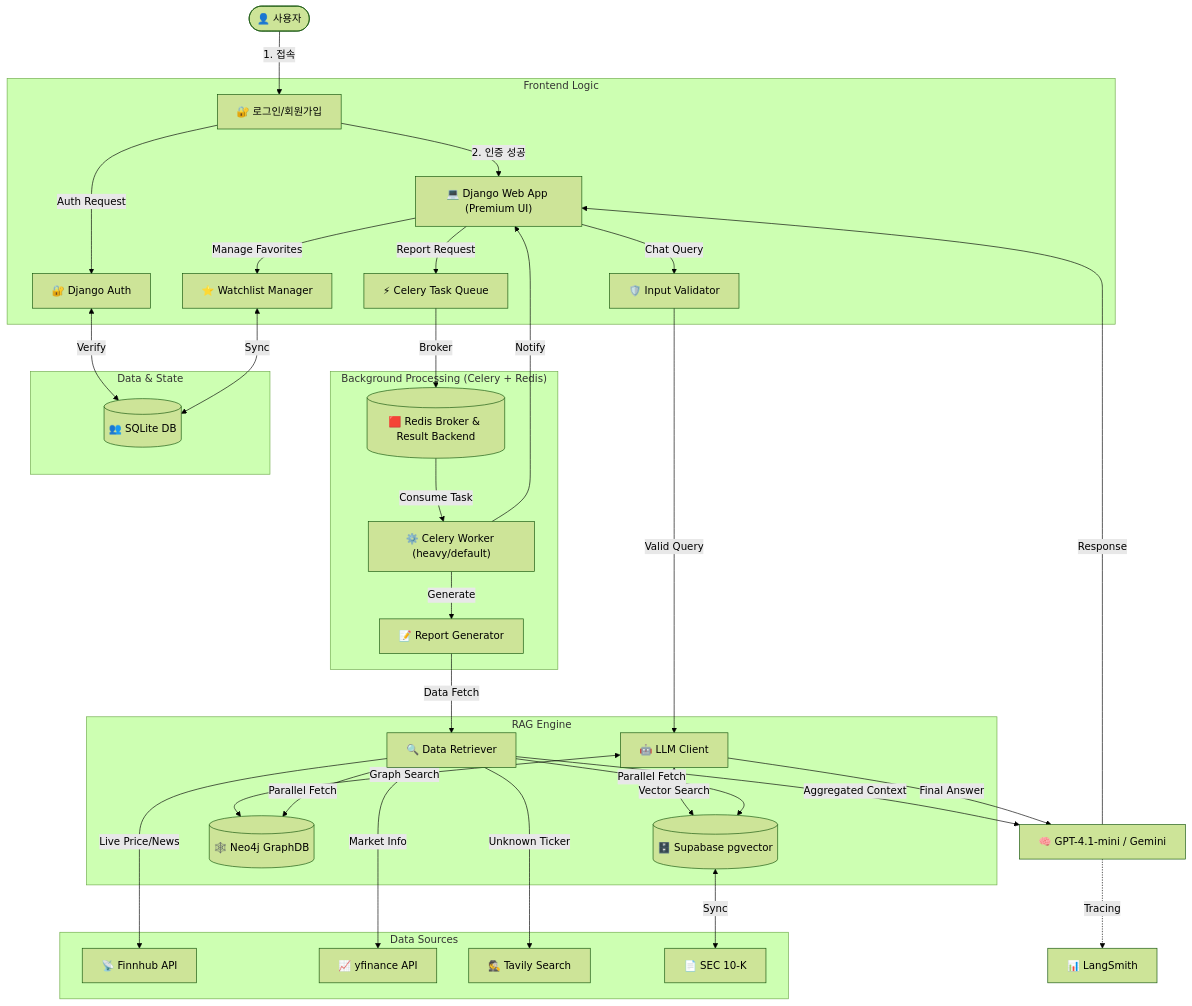
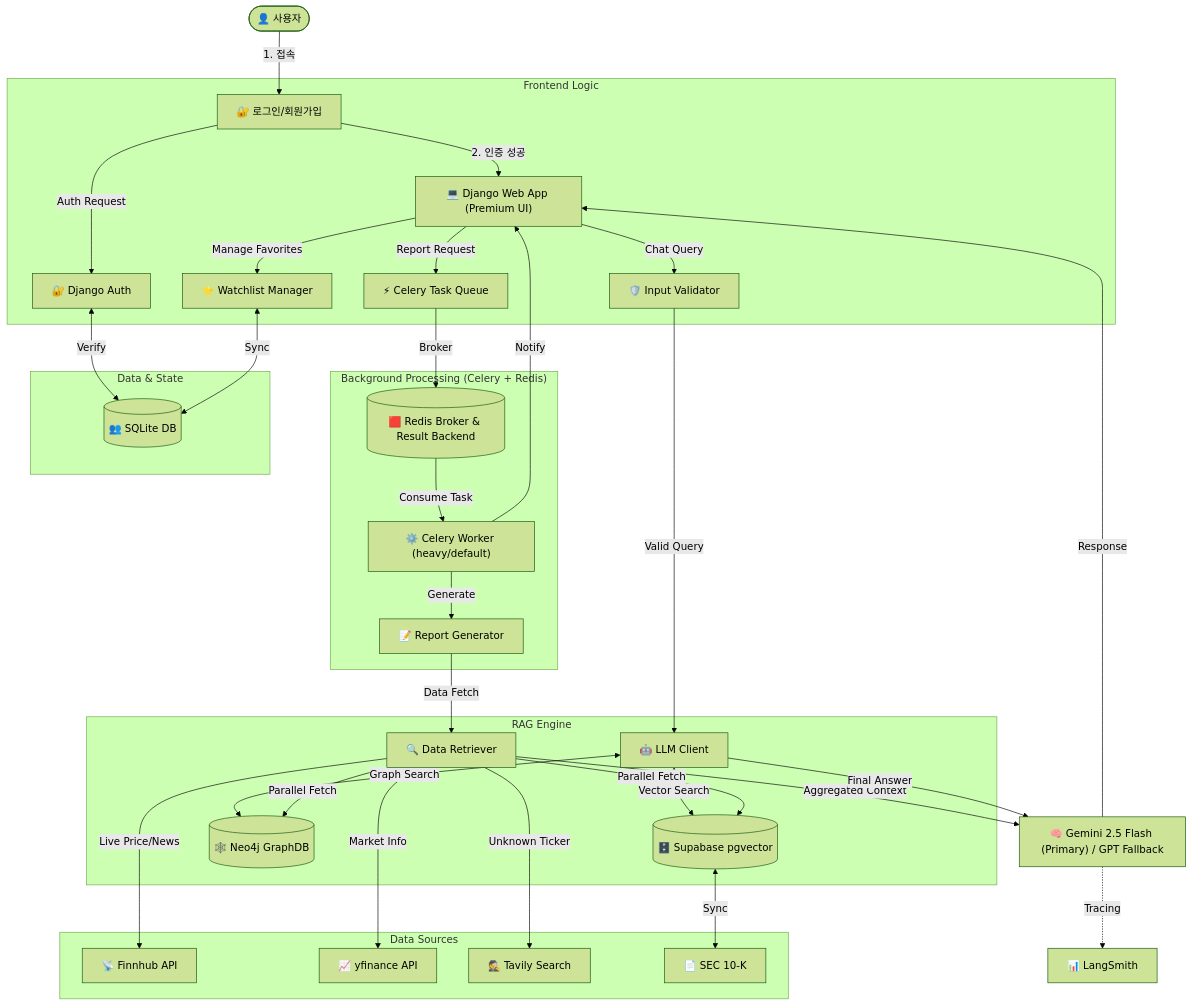
One commit to SKNETWORKS-FAMILY-AICAMP/SKN22-4th-4Team changed the first of 2 diagrams in README.md. Above: the diagram before and after it, drawn with Mermaid (forest theme). The commit also changed other lines of this file and 1 other file, not shown here.

Commit message:
docs: README 수정

````diff
--- a/README.md
+++ b/README.md
@@ -35,47 +35,47 @@
 ```mermaid
 graph TD
     User(["👤 사용자"]) -->|1. 접속| Login["🔐 로그인/회원가입"]
     Login -->|2. 인증 성공| UI["💻 Django Web App (Premium UI)"]
     
     subgraph Frontend Logic
         Login -->|Auth Request| Auth["🔐 Django Auth"]
         UI -->|Chat Query| Validator["🛡️ Input Validator"]
         UI -->|Report Request| ReportTask["⚡ Celery Task Queue"]
         UI -->|Manage Favorites| Watchlistmgr["⭐ Watchlist Manager"]
     end
 
     subgraph "Background Processing (Celery + Redis)"
         ReportTask -->|Broker| Redis[("🟥 Redis Broker & Result Backend")]
         Redis -->|Consume Task| CeleryWorker["⚙️ Celery Worker (heavy/default)"]
         CeleryWorker -->|Generate| ReportGen["📝 Report Generator"]
         CeleryWorker -->|Notify| UI
     end
 
     subgraph "Data & State"
         Auth <-->|Verify| UserDB[("👥 SQLite DB")]
         Watchlistmgr <-->|Sync| UserDB
     end
 
     subgraph RAG Engine
         Validator -->|Valid Query| Agent["🤖 LLM Client"]
         ReportGen -->|Data Fetch| Retriever["🔍 Data Retriever"]
         
         Agent <-->|Vector Search| VectorDB[("🗄️ Supabase pgvector")]
         Agent <-->|Graph Search| GraphDB[("🕸️ Neo4j GraphDB")]
         
         Retriever -->|Parallel Fetch| VectorDB
         Retriever -->|Parallel Fetch| GraphDB
     end
 
     subgraph Data Sources
         Retriever -->|Live Price/News| Finnhub["📡 Finnhub API"]
         Retriever -->|Market Info| Yahoo["📈 yfinance API"]
         Retriever -->|Unknown Ticker| Tavily["🕵️ Tavily Search"]
         VectorDB <-->|Sync| SEC["📄 SEC 10-K"]
     end
 
-    Retriever -->|Aggregated Context| LLM["🧠 GPT-4.1-mini / Gemini"]
+    Retriever -->|Aggregated Context| LLM["🧠 Gemini 2.5 Flash (Primary) / GPT Fallback"]
     Agent -->|Final Answer| LLM
     LLM -->|Response| UI
     LLM -.->|Tracing| LS["📊 LangSmith"]
 ```
````
